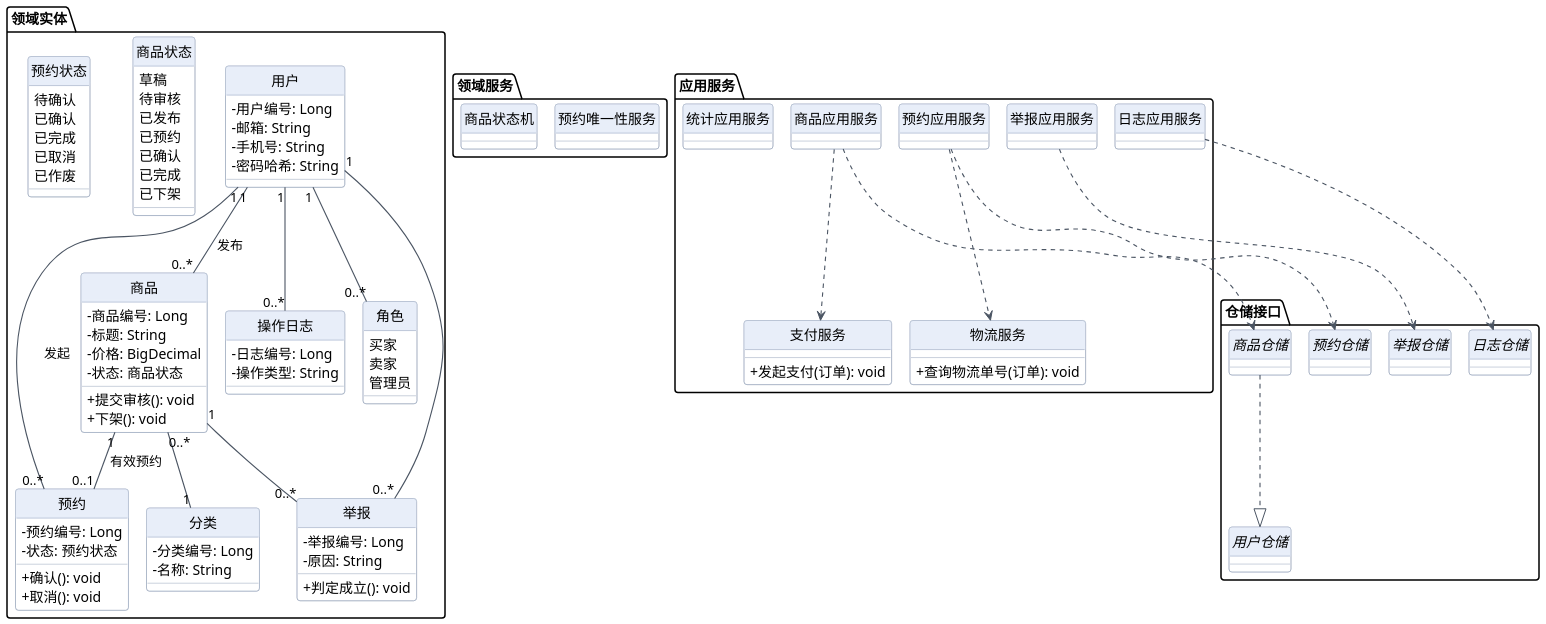
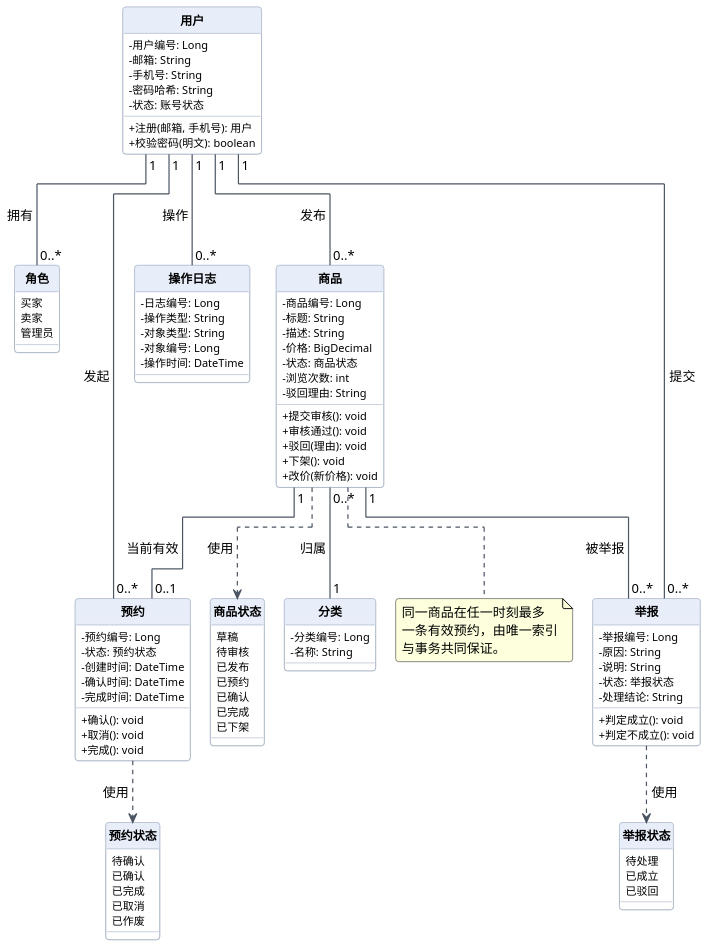
The diagram in UML/02-类图.puml (LavaBlock666/SElab2), drawn with PlantUML before and after one commit. The commit also changed 9 other files, not shown here.

Commit message:
人工修改：包图改为按层依赖，类图删除支付/物流并拆出领域模型，状态图移除重叠注释

```diff
--- a/UML/02-类图.puml
+++ b/UML/02-类图.puml
@@ -1,117 +1,126 @@
 @startuml
-!pragma layout smetana
+!pragma layout elk
 skinparam defaultFontName "Microsoft YaHei"
 skinparam dpi 150
 skinparam shadowing false
 skinparam roundcorner 6
 skinparam backgroundColor #FFFFFF
 skinparam ArrowColor #4B5563
-skinparam ArrowThickness 1.1
+skinparam ArrowThickness 1.2
 skinparam classBorderColor #94A3B8
 skinparam classBackgroundColor #FFFFFF
 skinparam classHeaderBackgroundColor #E8EEF9
+skinparam classFontStyle bold
+skinparam classAttributeFontSize 11
+skinparam classFontSize 12
 hide circle
 skinparam classAttributeIconSize 0
 top to bottom direction
 
-package "领域实体" {
-  class 用户 {
-    - 用户编号: Long
-    - 邮箱: String
-    - 手机号: String
-    - 密码哈希: String
-  }
-  enum 角色 {
-    买家
-    卖家
-    管理员
-  }
-  class 商品 {
-    - 商品编号: Long
-    - 标题: String
-    - 价格: BigDecimal
-    - 状态: 商品状态
-    + 提交审核(): void
-    + 下架(): void
-  }
-  enum 商品状态 {
-    草稿
-    待审核
-    已发布
-    已预约
-    已确认
-    已完成
-    已下架
-  }
-  class 分类 {
-    - 分类编号: Long
-    - 名称: String
-  }
-  class 预约 {
-    - 预约编号: Long
-    - 状态: 预约状态
-    + 确认(): void
-    + 取消(): void
-  }
-  enum 预约状态 {
-    待确认
-    已确认
-    已完成
-    已取消
-    已作废
-  }
-  class 举报 {
-    - 举报编号: Long
-    - 原因: String
-    + 判定成立(): void
-  }
-  class 操作日志 {
-    - 日志编号: Long
-    - 操作类型: String
-  }
+class 用户 {
+  - 用户编号: Long
+  - 邮箱: String
+  - 手机号: String
+  - 密码哈希: String
+  - 状态: 账号状态
+  + 注册(邮箱, 手机号): 用户
+  + 校验密码(明文): boolean
 }
 
-package "领域服务" {
-  class 预约唯一性服务
-  class 商品状态机
+enum 角色 {
+  买家
+  卖家
+  管理员
 }
 
-package "仓储接口" {
-  interface 用户仓储
-  interface 商品仓储
-  interface 预约仓储
-  interface 举报仓储
-  interface 日志仓储
+class 分类 {
+  - 分类编号: Long
+  - 名称: String
 }
 
-package "应用服务" {
-  class 商品应用服务
-  class 预约应用服务
-  class 举报应用服务
-  class 日志应用服务
-  class 统计应用服务
-  class 支付服务 {
-    + 发起支付(订单): void
-  }
-  class 物流服务 {
-    + 查询物流单号(订单): void
-  }
+class 商品 {
+  - 商品编号: Long
+  - 标题: String
+  - 描述: String
+  - 价格: BigDecimal
+  - 状态: 商品状态
+  - 浏览次数: int
+  - 驳回理由: String
+  + 提交审核(): void
+  + 审核通过(): void
+  + 驳回(理由): void
+  + 下架(): void
+  + 改价(新价格): void
 }
 
-用户 "1" -- "0..*" 角色
+enum 商品状态 {
+  草稿
+  待审核
+  已发布
+  已预约
+  已确认
+  已完成
+  已下架
+}
+
+class 预约 {
+  - 预约编号: Long
+  - 状态: 预约状态
+  - 创建时间: DateTime
+  - 确认时间: DateTime
+  - 完成时间: DateTime
+  + 确认(): void
+  + 取消(): void
+  + 完成(): void
+}
+
+enum 预约状态 {
+  待确认
+  已确认
+  已完成
+  已取消
+  已作废
+}
+
+class 举报 {
+  - 举报编号: Long
+  - 原因: String
+  - 说明: String
+  - 状态: 举报状态
+  - 处理结论: String
+  + 判定成立(): void
+  + 判定不成立(): void
+}
+
+enum 举报状态 {
+  待处理
+  已成立
+  已驳回
+}
+
+class 操作日志 {
+  - 日志编号: Long
+  - 操作类型: String
+  - 对象类型: String
+  - 对象编号: Long
+  - 操作时间: DateTime
+}
+
+用户 "1" -- "0..*" 角色 : 拥有 >
 用户 "1" -- "0..*" 商品 : 发布 >
-商品 "0..*" -- "1" 分类
+商品 "0..*" -- "1" 分类 : 归属 >
 用户 "1" -- "0..*" 预约 : 发起 >
-商品 "1" -- "0..1" 预约 : 有效预约 >
-用户 "1" -- "0..*" 举报
-商品 "1" -- "0..*" 举报
-用户 "1" -- "0..*" 操作日志
+商品 "1" -- "0..1" 预约 : 当前有效 >
+商品 "1" -- "0..*" 举报 : 被举报 >
+用户 "1" -- "0..*" 举报 : 提交 >
+用户 "1" -- "0..*" 操作日志 : 操作 >
+商品 ..> 商品状态 : 使用
+预约 ..> 预约状态 : 使用
+举报 ..> 举报状态 : 使用
 
-商品应用服务 ..> 商品仓储
-预约应用服务 ..> 预约仓储
-举报应用服务 ..> 举报仓储
-日志应用服务 ..> 日志仓储
-商品应用服务 ..> 支付服务
-预约应用服务 ..> 物流服务
-商品仓储 ..|> 用户仓储
+note right of 商品
+  同一商品在任一时刻最多
+  一条有效预约，由唯一索引
+  与事务共同保证。
+end note
 @enduml
```
